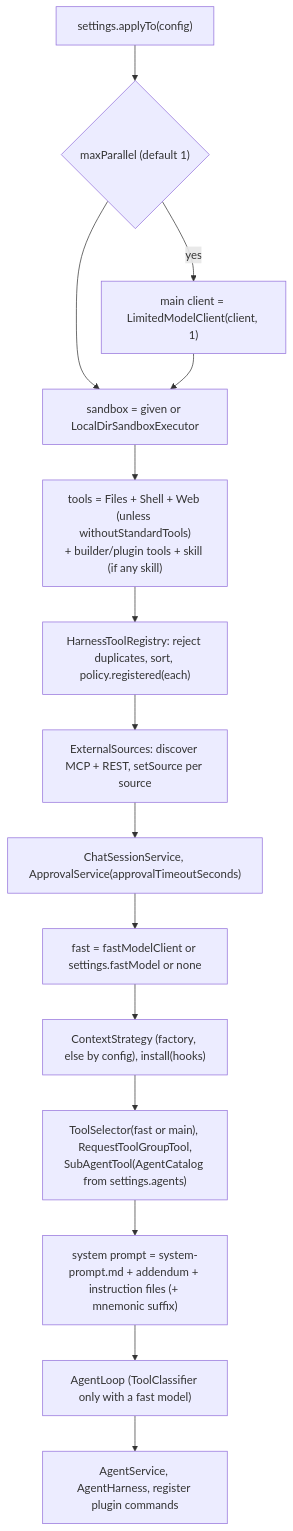
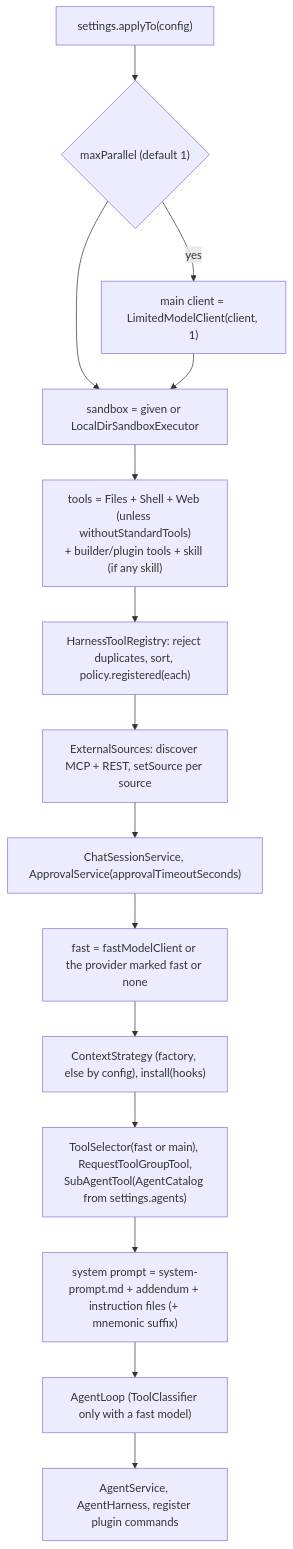
The second of 5 diagrams in docs/INTERNALS.md (kendarorg/jllm), drawn with Mermaid before and after one commit. The commit also changed 49 other files, not shown here.

````diff
--- a/docs/INTERNALS.md
+++ b/docs/INTERNALS.md
@@ -58,17 +58,17 @@
 ```mermaid
 flowchart TD
     A["settings.applyTo(config)"] --> B{"maxParallel (default 1)"}
     B -->|yes| B1["main client = LimitedModelClient(client, 1)"]
     B --> C["sandbox = given or LocalDirSandboxExecutor"]
     B1 --> C
     C --> D["tools = Files + Shell + Web (unless withoutStandardTools)<br/>+ builder/plugin tools + skill (if any skill)"]
     D --> E["HarnessToolRegistry: reject duplicates, sort, policy.registered(each)"]
     E --> F["ExternalSources: discover MCP + REST, setSource per source"]
     F --> G["ChatSessionService, ApprovalService(approvalTimeoutSeconds)"]
-    G --> H1["fast = fastModelClient or settings.fastModel or none"]
+    G --> H1["fast = fastModelClient or the provider marked fast or none"]
     H1 --> I["ContextStrategy (factory, else by config), install(hooks)"]
     I --> J["ToolSelector(fast or main), RequestToolGroupTool,<br/>SubAgentTool(AgentCatalog from settings.agents)"]
     J --> K["system prompt = system-prompt.md + addendum + instruction files (+ mnemonic suffix)"]
     K --> L["AgentLoop (ToolClassifier only with a fast model)"]
     L --> M["AgentService, AgentHarness, register plugin commands"]
 ```
````
